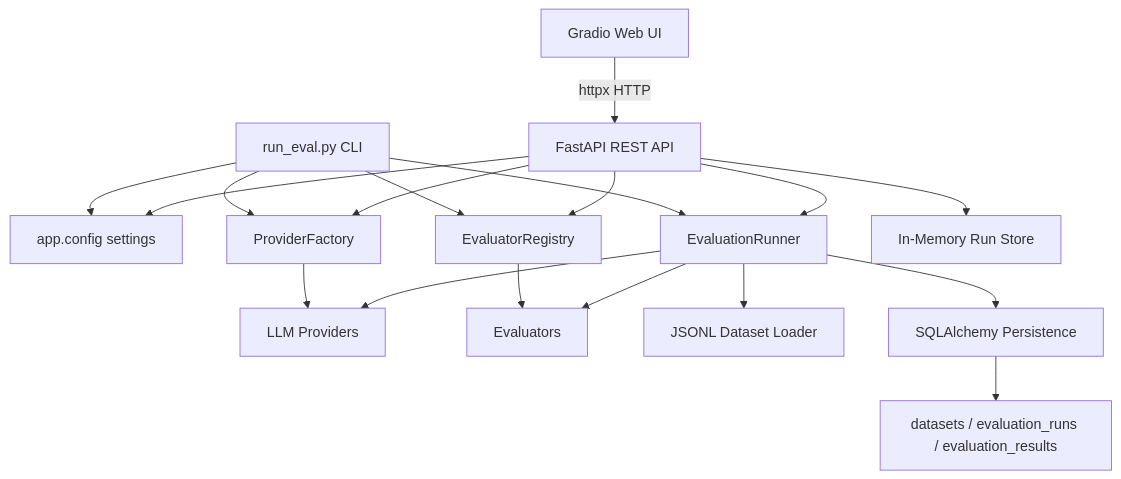
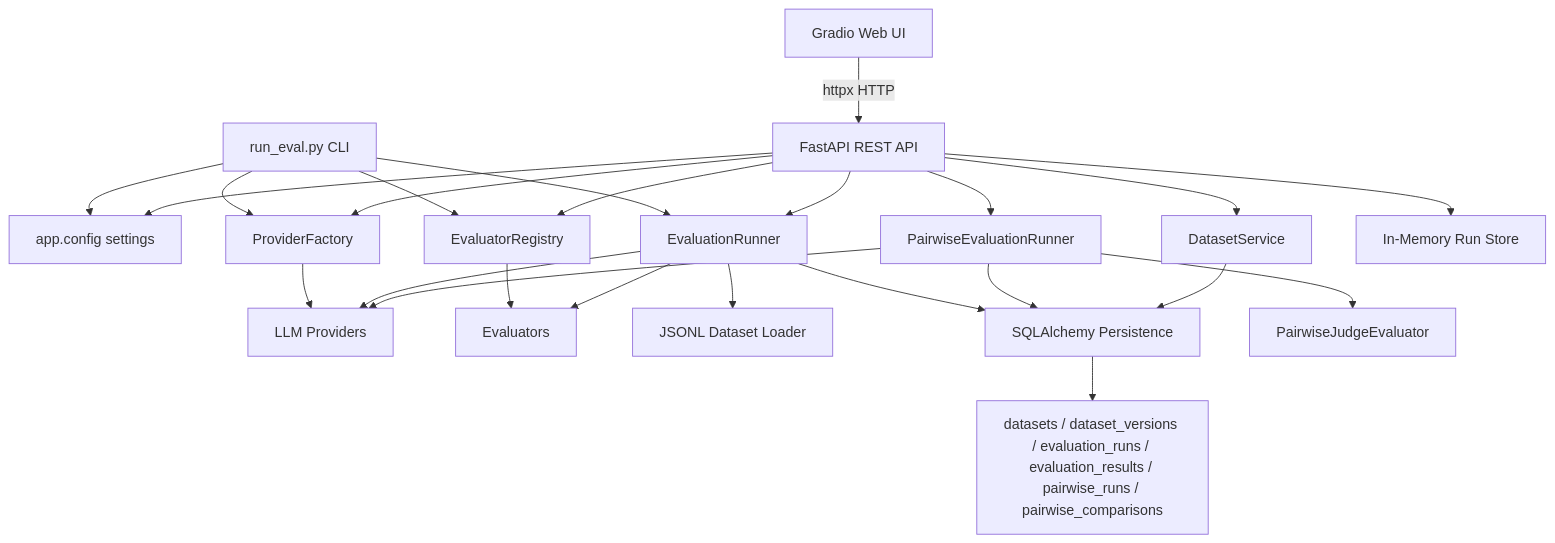
One commit to Ibrahimboudagga/evealuation-engine changed the first of 3 diagrams in PROJECT_DOCUMENTATION.md. Above: the diagram before and after it, drawn with Mermaid. The commit also changed other lines of this file and 2 other files, not shown here.

Commit message:
feat: implement pairwise model evaluation, comprehensive dataset CRUD/versioning API, and UI enhancements.

````diff
--- a/PROJECT_DOCUMENTATION.md
+++ b/PROJECT_DOCUMENTATION.md
@@ -142,25 +156,33 @@
 ```mermaid
 flowchart TD
     CLI["run_eval.py CLI"] --> Config["app.config settings"]
     CLI --> Factory["ProviderFactory"]
     CLI --> Registry["EvaluatorRegistry"]
     CLI --> Runner["EvaluationRunner"]
 
     API["FastAPI REST API"] --> Config
     API --> Factory
     API --> Registry
     API --> Runner
+    API --> PRunner["PairwiseEvaluationRunner"]
+    API --> DService["DatasetService"]
     API --> InMemory["In-Memory Run Store"]
 
     UI["Gradio Web UI"] -->|"httpx HTTP"| API
 
     Factory --> Providers["LLM Providers"]
     Registry --> Evaluators["Evaluators"]
 
     Runner --> DatasetLoader["JSONL Dataset Loader"]
     Runner --> Providers
     Runner --> Evaluators
     Runner --> Database["SQLAlchemy Persistence"]
 
-    Database --> Tables["datasets / evaluation_runs / evaluation_results"]
+    PRunner --> Providers
+    PRunner --> PairwiseEval["PairwiseJudgeEvaluator"]
+    PRunner --> Database
+
+    DService --> Database
+
+    Database --> Tables["datasets / dataset_versions / evaluation_runs / evaluation_results / pairwise_runs / pairwise_comparisons"]
 ```
````
